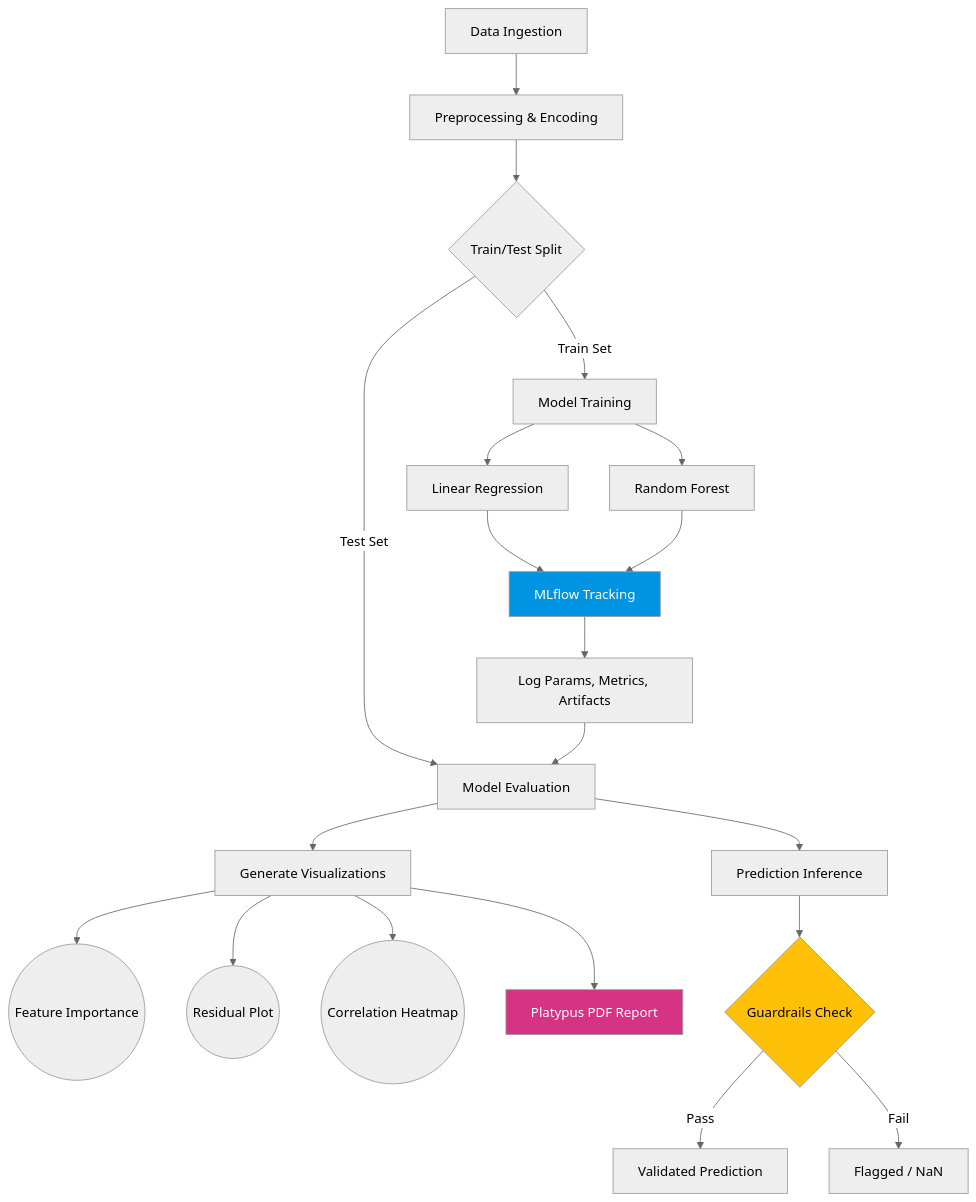
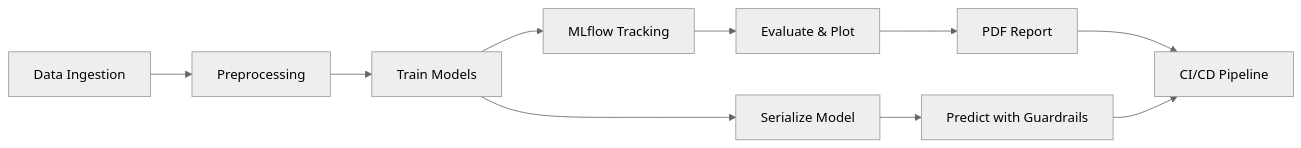
The diagram in README.md (GaneshArwan/housing_price_prediction), drawn with Mermaid (neutral theme) before and after one commit. The commit also changed other lines of this file, not shown here.

Commit message:
docs: merge and fill all README placeholders with actual project data

````diff
--- a/README.md
+++ b/README.md
@@ -90,26 +110,12 @@
 ```mermaid
-graph TD
-    A[Data Ingestion] --> B[Preprocessing & Encoding]
-    B --> C{Train/Test Split}
-    C -->|Train Set| D[Model Training]
-    D --> E[Linear Regression]
-    D --> F[Random Forest]
-    E --> G[MLflow Tracking]
-    F --> G
-    G --> H[Log Params, Metrics, Artifacts]
-    C -->|Test Set| I[Model Evaluation]
+graph LR
+    A[Data Ingestion] --> B[Preprocessing]
+    B --> C[Train Models]
+    C --> D[MLflow Tracking]
+    D --> E[Evaluate & Plot]
+    E --> F[PDF Report]
+    C --> G[Serialize Model]
+    G --> H[Predict with Guardrails]
+    F --> I[CI/CD Pipeline]
     H --> I
-    I --> J[Generate Visualizations]
-    J --> K((Feature Importance))
-    J --> L((Residual Plot))
-    J --> M((Correlation Heatmap))
-    J --> N[Platypus PDF Report]
-    I --> O[Prediction Inference]
-    O --> P{Guardrails Check}
-    P -->|Pass| Q[Validated Prediction]
-    P -->|Fail| R[Flagged / NaN]
-
-    style G fill:#0194E2,color:#fff
-    style N fill:#d63384,color:#fff
-    style P fill:#ffc107,color:#000
 ```
````
